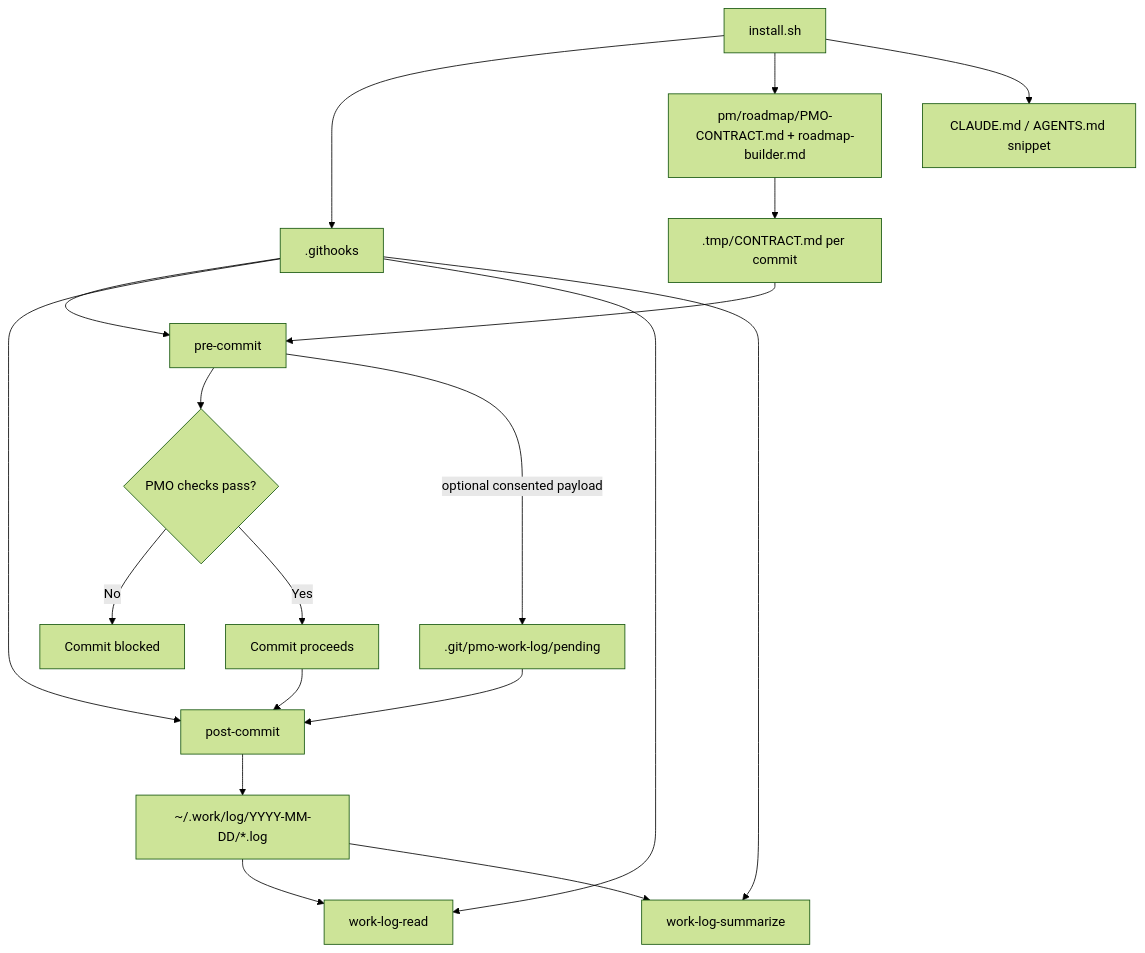
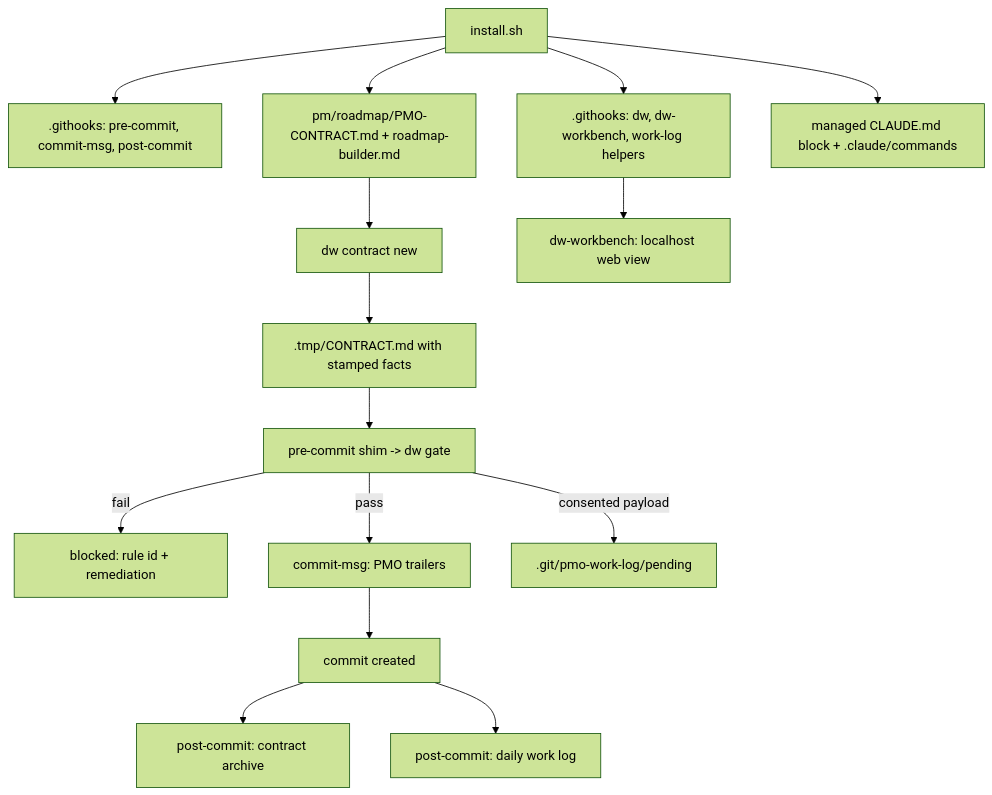
One commit to karolswdev/delivery-workbench changed the first of 4 diagrams in pmo-roadmap/README.md. Above: the diagram before and after it, drawn with Mermaid (forest theme). The commit also changed other lines of this file and 3 other files, not shown here.

````diff
--- a/pmo-roadmap/README.md
+++ b/pmo-roadmap/README.md
@@ -39,22 +52,18 @@
 ```mermaid
 flowchart TD
-  Install[install.sh] --> Hooks[.githooks]
+  Install[install.sh] --> Hooks[.githooks: pre-commit, commit-msg, post-commit]
+  Install --> Tools[.githooks: dw, dw-workbench, work-log helpers]
   Install --> Canon[pm/roadmap/PMO-CONTRACT.md + roadmap-builder.md]
-  Install --> Snippet[CLAUDE.md / AGENTS.md snippet]
-  Hooks --> Pre[pre-commit]
-  Hooks --> Post[post-commit]
-  Hooks --> Read[work-log-read]
-  Hooks --> Summarize[work-log-summarize]
+  Install --> Agent[managed CLAUDE.md block + .claude/commands]
 
-  Canon --> Contract[.tmp/CONTRACT.md per commit]
-  Contract --> Pre
-  Pre --> Gate{PMO checks pass?}
-  Gate -->|No| Block[Commit blocked]
-  Gate -->|Yes| Commit[Commit proceeds]
-  Pre -->|optional consented payload| Pending[.git/pmo-work-log/pending]
-  Commit --> Post
-  Pending --> Post
-  Post --> Log[~/.work/log/YYYY-MM-DD/*.log]
-  Log --> Read
-  Log --> Summarize
+  Canon --> DW[dw contract new]
+  DW --> Contract[.tmp/CONTRACT.md with stamped facts]
+  Contract --> Gate[pre-commit shim -> dw gate]
+  Gate -->|fail| Block[blocked: rule id + remediation]
+  Gate -->|pass| Msg[commit-msg: PMO trailers]
+  Msg --> Commit[commit created]
+  Commit --> Archive[post-commit: contract archive]
+  Gate -->|consented payload| Pending[.git/pmo-work-log/pending]
+  Commit --> WLog[post-commit: daily work log]
+  Tools --> Workbench[dw-workbench: localhost web view]
 ```
````
